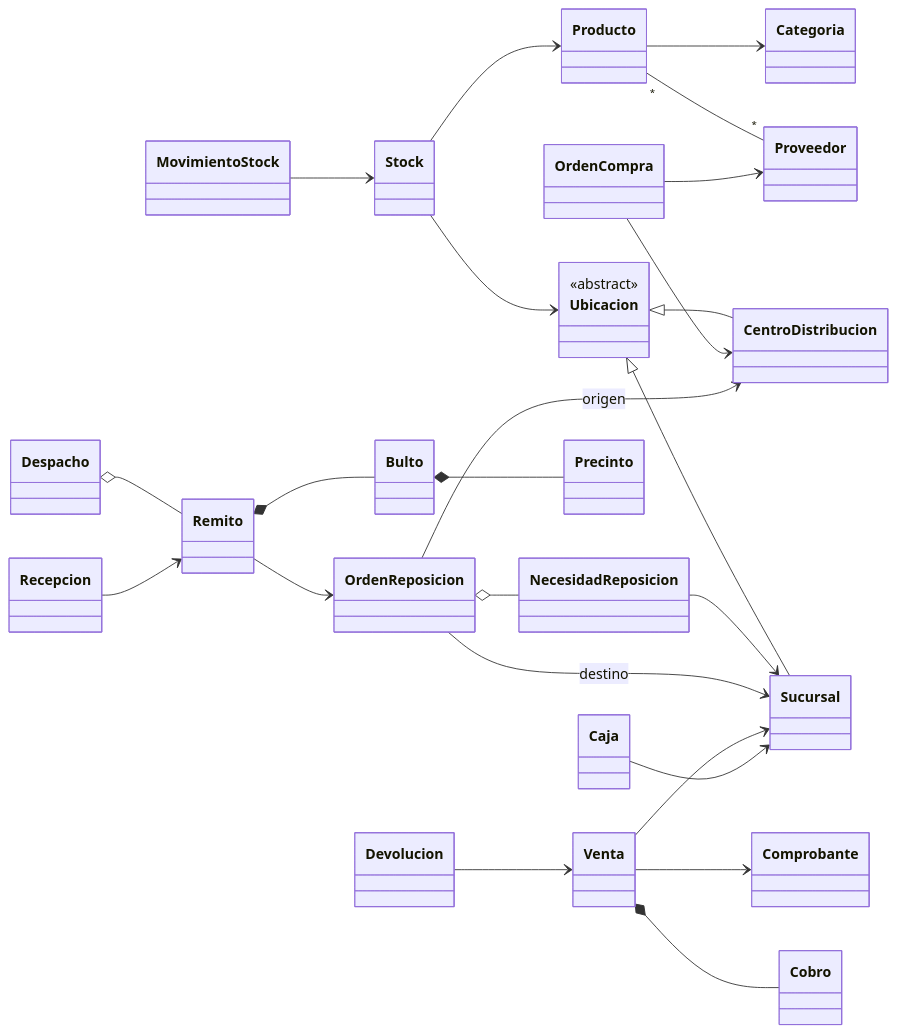
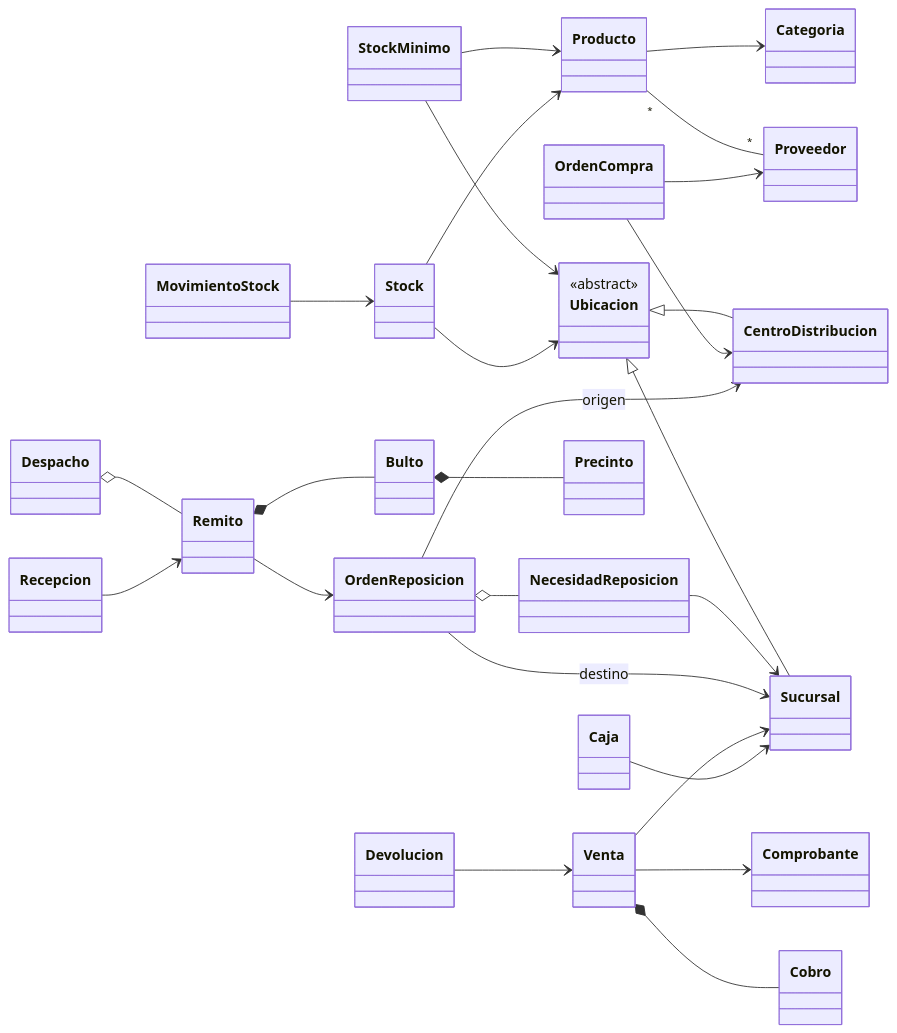
One commit to joaquin-brachetto/DAO-TP changed the first of 6 diagrams in docs/modelo_dominio.md. Above: the diagram before and after it, drawn with Mermaid. The commit also changed other lines of this file and 8 other files, not shown here.

````diff
--- a/docs/modelo_dominio.md
+++ b/docs/modelo_dominio.md
@@ -21,56 +21,59 @@
 ```mermaid
 classDiagram
     direction LR
 
     class Ubicacion { <<abstract>> }
     class Sucursal
     class CentroDistribucion
     class Producto
     class Categoria
     class Proveedor
+    class StockMinimo
 
     class Stock
     class MovimientoStock
     class OrdenCompra
     class NecesidadReposicion
     class OrdenReposicion
 
     class Remito
     class Bulto
     class Precinto
     class Despacho
     class Recepcion
 
     class Venta
     class Cobro
     class Comprobante
     class Devolucion
     class Caja
 
     Ubicacion <|-- Sucursal
     Ubicacion <|-- CentroDistribucion
     Producto --> Categoria
     Producto "*" -- "*" Proveedor
+    StockMinimo --> Producto
+    StockMinimo --> Ubicacion
 
     Stock --> Producto
     Stock --> Ubicacion
     MovimientoStock --> Stock
     OrdenCompra --> Proveedor
     OrdenCompra --> CentroDistribucion
     NecesidadReposicion --> Sucursal
     OrdenReposicion o-- NecesidadReposicion
     OrdenReposicion --> CentroDistribucion : origen
     OrdenReposicion --> Sucursal : destino
 
     Remito --> OrdenReposicion
     Remito *-- Bulto
     Bulto *-- Precinto
     Despacho o-- Remito
     Recepcion --> Remito
 
     Venta --> Sucursal
     Venta *-- Cobro
     Venta --> Comprobante
     Devolucion --> Venta
     Caja --> Sucursal
 ```
````
